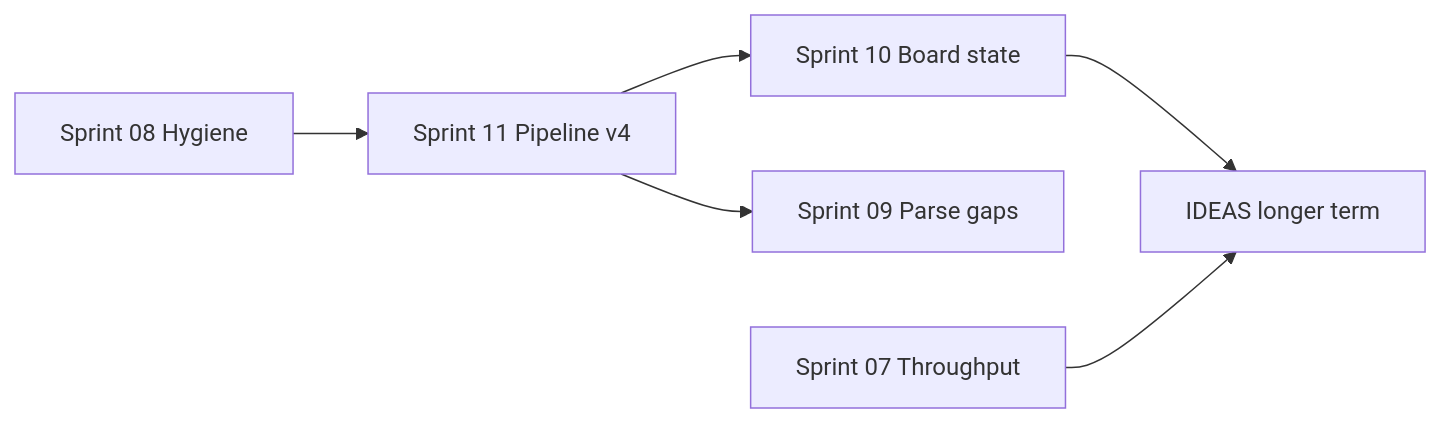
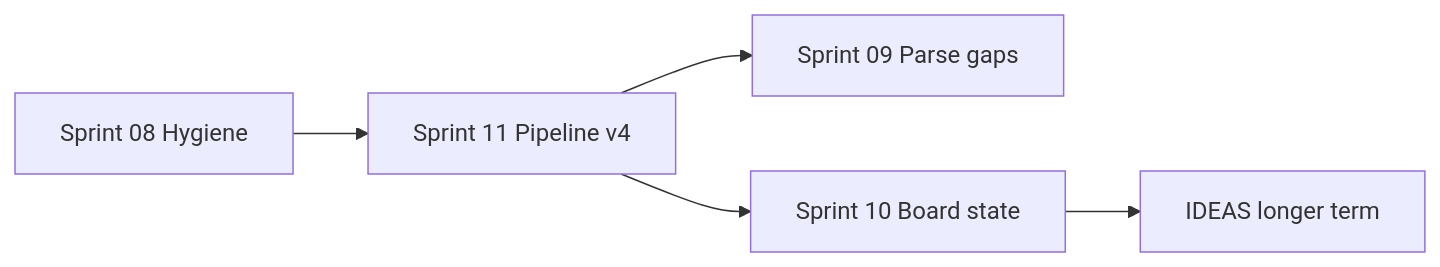
Before and after one commit to yschroe/chessalyzer.js: the diagram in sprints/README.md, drawn with Mermaid. The commit also changed other lines of this file and 15 other files, not shown here.

````diff
--- a/sprints/README.md
+++ b/sprints/README.md
@@ -28,15 +28,13 @@
 ```mermaid
 flowchart LR
-    s07[Sprint 07 Throughput]
     s08[Sprint 08 Hygiene]
     s11[Sprint 11 Pipeline v4]
     s09[Sprint 09 Parse gaps]
     s10[Sprint 10 Board state]
     ideas[IDEAS longer term]
 
     s08 --> s11
     s11 --> s09
     s11 --> s10
     s10 --> ideas
-    s07 --> ideas
 ```
````
